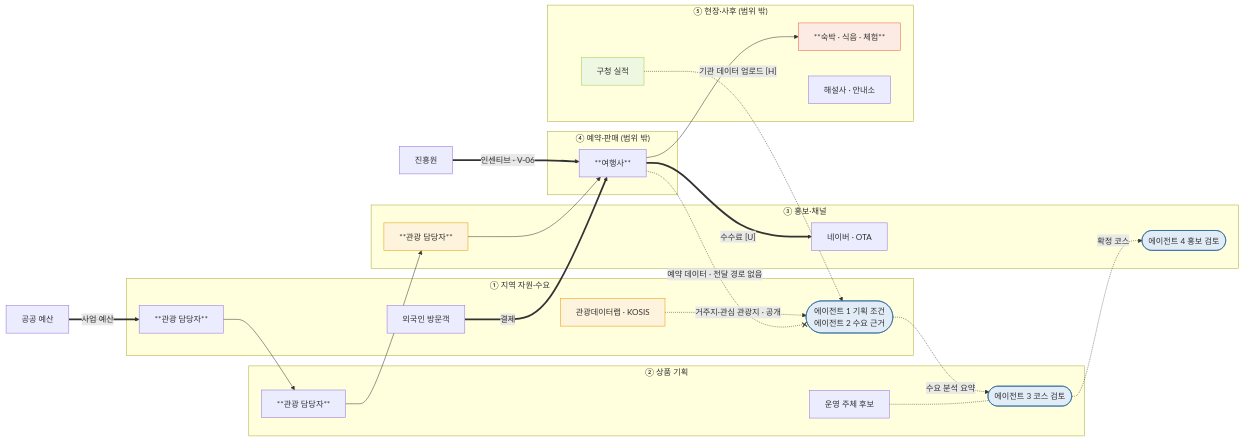
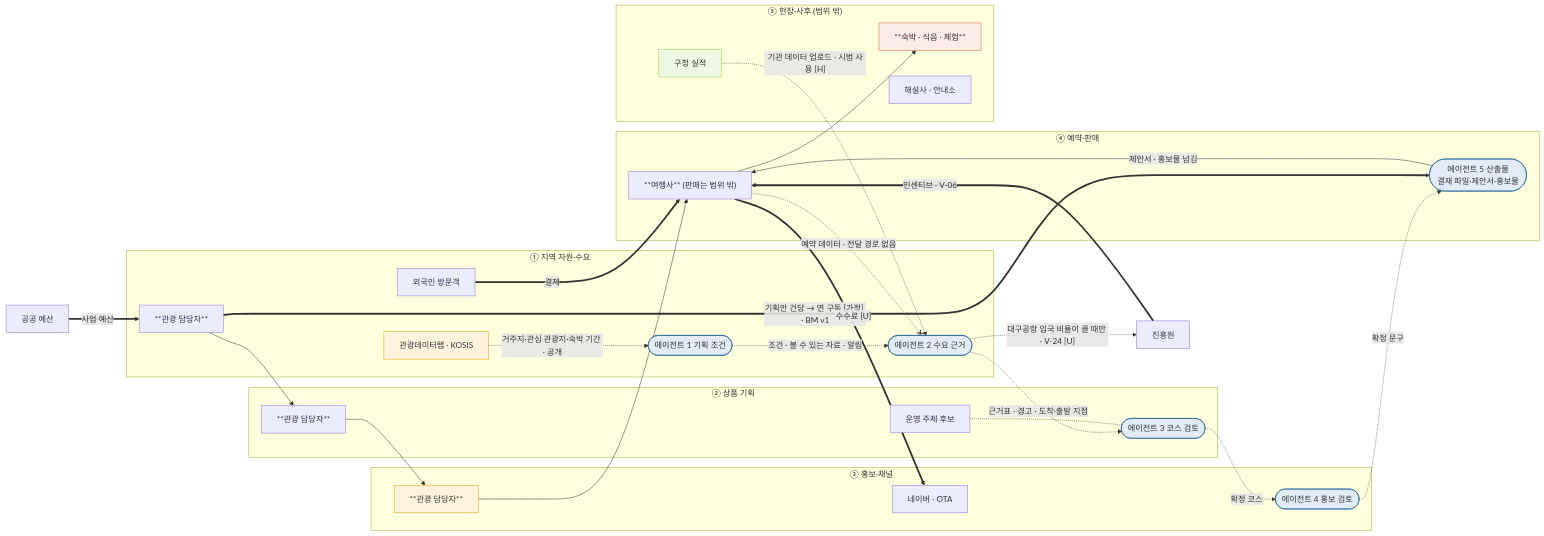
Before and after one commit to k-1026/haruharu: the diagram in research/valuechain/valuechain_v3.md, drawn with Mermaid. The commit also changed other lines of this file and 1 other file, not shown here.

````diff
--- a/research/valuechain/valuechain_v3.md
+++ b/research/valuechain/valuechain_v3.md
@@ -63,50 +74,57 @@
 ```mermaid
 flowchart LR
   subgraph S1["① 지역 자원·수요"]
     A1["**관광 담당자**"]
     A2["외국인 방문객"]
     A3["관광데이터랩 · KOSIS"]
-    G1(["에이전트 1 기획 조건<br>에이전트 2 수요 근거"])
+    G1(["에이전트 1 기획 조건"])
+    G2(["에이전트 2 수요 근거"])
   end
   subgraph S2["② 상품 기획"]
     B1["**관광 담당자**"]
     G3(["에이전트 3 코스 검토"])
     B2["운영 주체 후보"]
   end
   subgraph S3["③ 홍보·채널"]
     C1["**관광 담당자**"]
     G4(["에이전트 4 홍보 검토"])
     C2["네이버 · OTA"]
   end
-  subgraph S4["④ 예약·판매 (범위 밖)"]
-    D1["**여행사**"]
+  subgraph S4["④ 예약·판매"]
+    G5(["에이전트 5 산출물<br>결재 파일·제안서·홍보물"])
+    D1["**여행사** (판매는 범위 밖)"]
   end
   subgraph S5["⑤ 현장·사후 (범위 밖)"]
     E1["**숙박 · 식음 · 체험**"]
     E2["해설사 · 안내소"]
     E3["구청 실적"]
   end
 
   A1 --> B1 --> C1 --> D1 --> E1
-  G1 -.->|"수요 분석 요약"| G3
+  G1 -.->|"조건 · 볼 수 있는 자료 · 알림"| G2
+  G2 -.->|"근거표 · 경고 · 도착·출발 지점"| G3
   G3 -.->|"확정 코스"| G4
+  G4 -.->|"확정 문구"| G5
+  G5 -->|"제안서 · 홍보물 넘김"| D1
   B2 -.- G3
 
-  A3 -.->|"거주지·관심 관광지 · 공개"| G1
-  E3 -.->|"기관 데이터 업로드 [H]"| G1
-  D1 -.-x|"예약 데이터 · 전달 경로 없음"| G1
+  A3 -.->|"거주지·관심 관광지·숙박 기간 · 공개"| G1
+  E3 -.->|"기관 데이터 업로드 · 시범 사용 [H]"| G2
+  D1 -.-x|"예약 데이터 · 전달 경로 없음"| G2
+  G2 -.->|"대구공항 입국 비율이 클 때만 · V-24 [U]"| P2
 
   P1["공공 예산"] ==>|"사업 예산"| A1
+  A1 ==>|"기획안 건당 → 연 구독 [가정] · BM v1"| G5
   P2["진흥원"] ==>|"인센티브 · V-06"| D1
   A2 ==>|"결제"| D1
   D1 ==>|"수수료 [U]"| C2
 
   classDef bottleneck fill:#FEF3DC,stroke:#E89B00
   classDef opp fill:#EEF7E2,stroke:#9BD24B
   classDef cost fill:#FCEBE5,stroke:#E8603C
   classDef agent fill:#E1ECF7,stroke:#1F5F99
-  class G1,G3,G4 agent
+  class G1,G2,G3,G4,G5 agent
   class C1,A3 bottleneck
   class E3 opp
   class E1 cost
 ```
````
